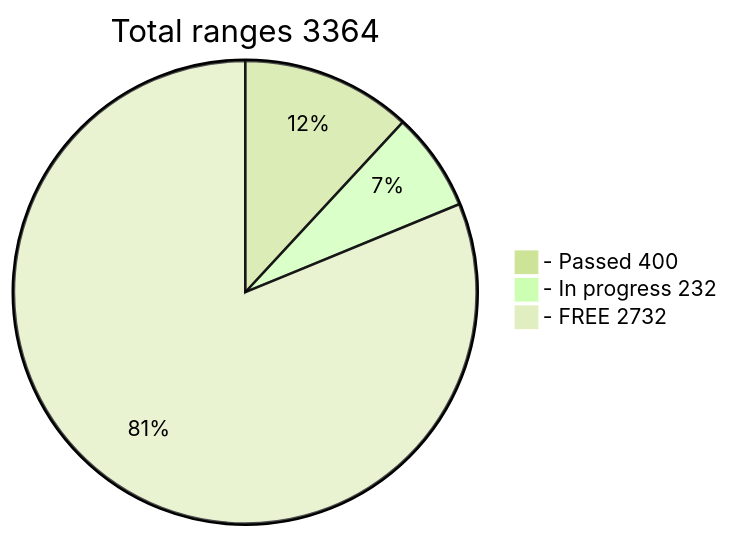
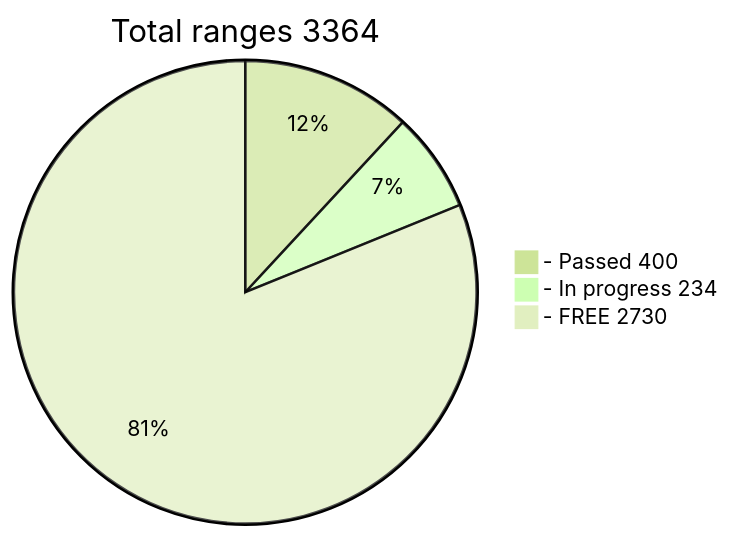
One commit to phrutis/wif500 changed the diagram in README.md. Above: the diagram before and after it, drawn with Mermaid (forest theme).

````diff
--- a/README.md
+++ b/README.md
@@ -16,6 +16,6 @@
 ```mermaid
 pie title Total ranges 3364
   "- Passed 400" : 400
-  "- In progress 232" : 232
-  "- FREE 2732" : 2732
+  "- In progress 234" : 234
+  "- FREE 2730" : 2730
 ```
````
